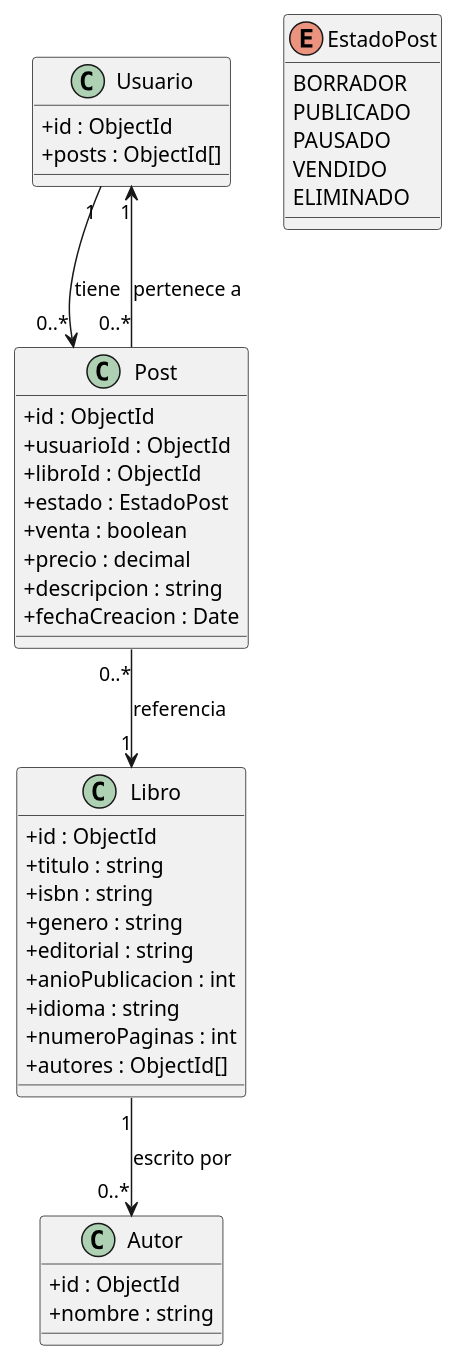
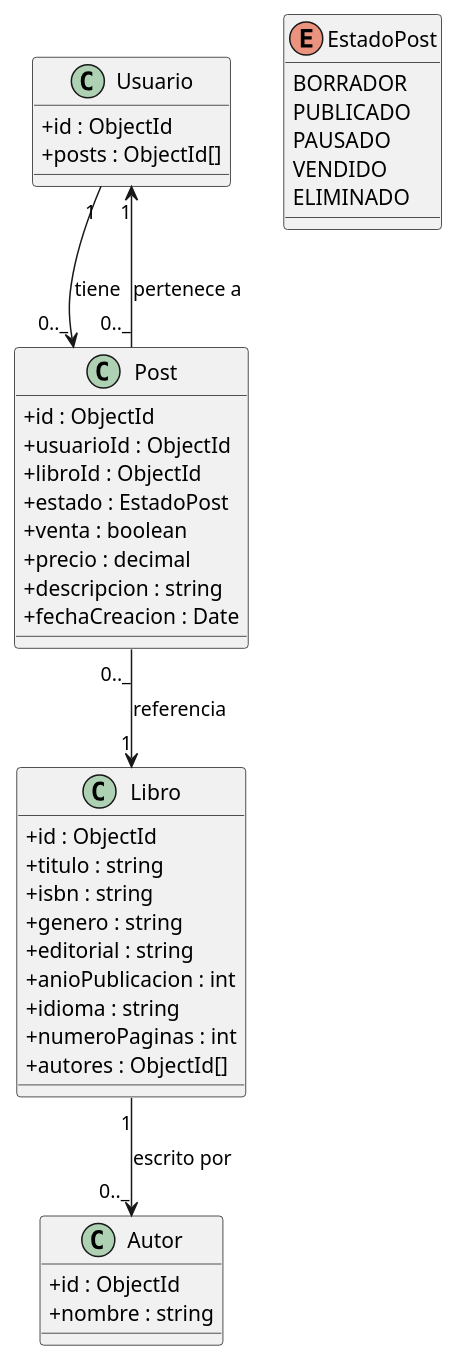
Before and after one commit to muyw1234/EA-ViveBook-Backend: the second of 2 diagrams in src/models/README.md, drawn with PlantUML. The commit also changed other lines of this file and 5 other files, not shown here.

```diff
--- a/src/models/README.md
+++ b/src/models/README.md
@@ -41,49 +40,49 @@
 @startuml
 skinparam classAttributeIconSize 0
 
 class Usuario {
-  +id : ObjectId
-  +posts : ObjectId[]
++id : ObjectId
++posts : ObjectId[]
 }
 
 class Post {
-  +id : ObjectId
-  +usuarioId : ObjectId
-  +libroId : ObjectId
-  +estado : EstadoPost
-  +venta : boolean
-  +precio : decimal
-  +descripcion : string
-  +fechaCreacion : Date
++id : ObjectId
++usuarioId : ObjectId
++libroId : ObjectId
++estado : EstadoPost
++venta : boolean
++precio : decimal
++descripcion : string
++fechaCreacion : Date
 }
 
 class Libro {
-  +id : ObjectId
-  +titulo : string
-  +isbn : string
-  +genero : string
-  +editorial : string
-  +anioPublicacion : int
-  +idioma : string
-  +numeroPaginas : int
-  +autores : ObjectId[]
++id : ObjectId
++titulo : string
++isbn : string
++genero : string
++editorial : string
++anioPublicacion : int
++idioma : string
++numeroPaginas : int
++autores : ObjectId[]
 }
 
 class Autor {
-  +id : ObjectId
-  +nombre : string
++id : ObjectId
++nombre : string
 }
 
 enum EstadoPost {
-  BORRADOR
-  PUBLICADO
-  PAUSADO
-  VENDIDO
-  ELIMINADO
+BORRADOR
+PUBLICADO
+PAUSADO
+VENDIDO
+ELIMINADO
 }
 
-Usuario "1" --> "0..*" Post : tiene
-Post "0..*" --> "1" Usuario : pertenece a
-Post "0..*" --> "1" Libro : referencia
-Libro "1" --> "0..*" Autor : escrito por
+Usuario "1" --> "0.._" Post : tiene
+Post "0.._" --> "1" Usuario : pertenece a
+Post "0.._" --> "1" Libro : referencia
+Libro "1" --> "0.._" Autor : escrito por
 @enduml
```
